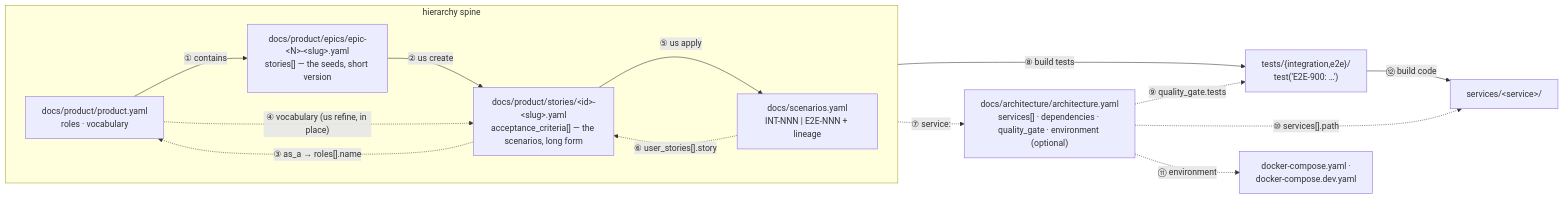
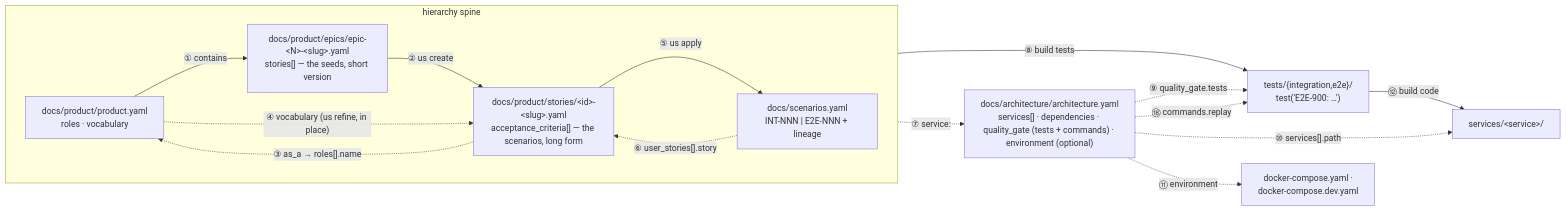
Before and after one commit to ondatra-ai/true-bdd: the diagram in docs/doc-universe.md, drawn with Mermaid. The commit also changed other lines of this file and 69 other files, not shown here.

````diff
--- a/docs/doc-universe.md
+++ b/docs/doc-universe.md
@@ -80,29 +80,30 @@
 ```mermaid
 flowchart LR
   subgraph spine["hierarchy spine"]
     direction LR
     PRODUCT["docs/product/product.yaml<br/>roles · vocabulary"]
     EPIC["docs/product/epics/epic-&lt;N&gt;-&lt;slug&gt;.yaml<br/>stories[] — the seeds, short version"]
     STORY["docs/product/stories/&lt;id&gt;-&lt;slug&gt;.yaml<br/>acceptance_criteria[] — the scenarios, long form"]
     REG["docs/scenarios.yaml<br/>INT-NNN | E2E-NNN + lineage"]
     PRODUCT -- "① contains" --> EPIC
     EPIC -- "② us create" --> STORY
     STORY -- "⑤ us apply" --> REG
   end
 
   STORY -. "③ as_a → roles[].name" .-> PRODUCT
   PRODUCT -. "④ vocabulary (us refine, in place)" .-> STORY
   REG -. "⑥ user_stories[].story" .-> STORY
 
-  ARCH["docs/architecture/architecture.yaml<br/>services[] · dependencies · quality_gate · environment (optional)"]
+  ARCH["docs/architecture/architecture.yaml<br/>services[] · dependencies · quality_gate (tests + commands) · environment (optional)"]
   TESTS["tests/{integration,e2e}/<br/>test('E2E-900: …')"]
   SRC["services/&lt;service&gt;/"]
   COMPOSE["docker-compose.yaml ·<br/>docker-compose.dev.yaml"]
 
   REG -- "⑧ build tests" --> TESTS
   TESTS -- "⑫ build code" --> SRC
   REG -. "⑦ service:" .-> ARCH
   ARCH -. "⑨ quality_gate.tests" .-> TESTS
+  ARCH -. "⑱ commands.replay" .-> TESTS
   ARCH -. "⑩ services[].path" .-> SRC
   ARCH -. "⑪ environment" .-> COMPOSE
 ```
````
